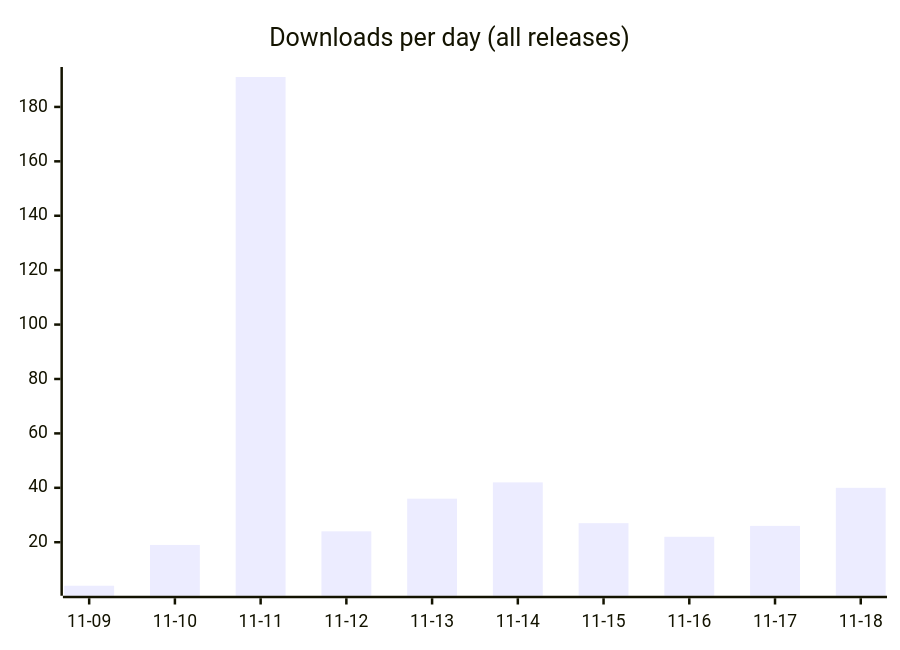
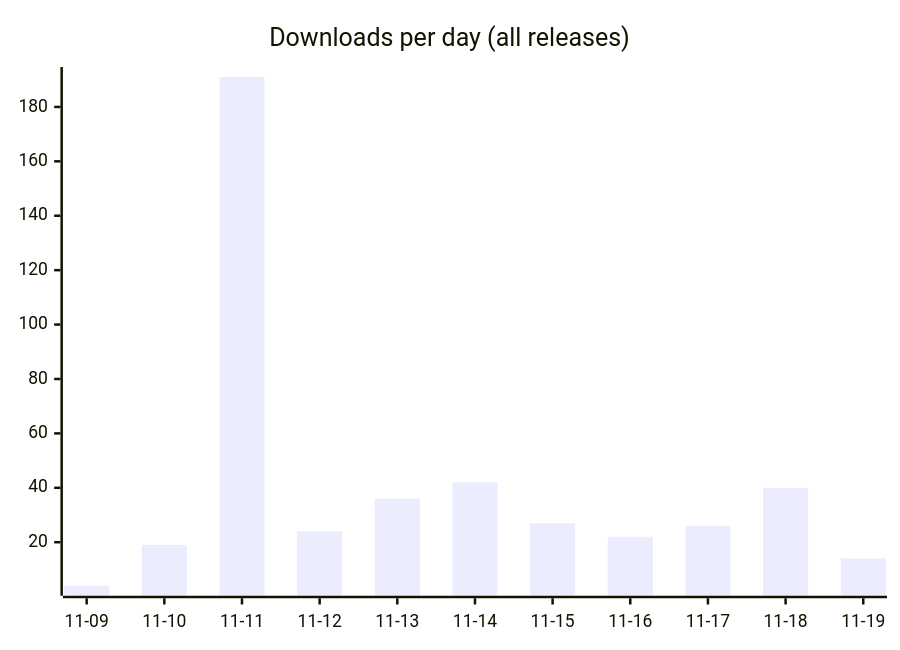
The first of 2 diagrams in README.md (fmadore/Live-translation), drawn with Mermaid before and after one commit. The commit also changed other lines of this file and 3 other files, not shown here.

````diff
--- a/README.md
+++ b/README.md
@@ -56,6 +56,6 @@
 ```mermaid
 xychart-beta
     title "Downloads per day (all releases)"
-    x-axis ["11-09", "11-10", "11-11", "11-12", "11-13", "11-14", "11-15", "11-16", "11-17", "11-18"]
-    bar [4, 19, 191, 24, 36, 42, 27, 22, 26, 40]
+    x-axis ["11-09", "11-10", "11-11", "11-12", "11-13", "11-14", "11-15", "11-16", "11-17", "11-18", "11-19"]
+    bar [4, 19, 191, 24, 36, 42, 27, 22, 26, 40, 14]
 ```
````
